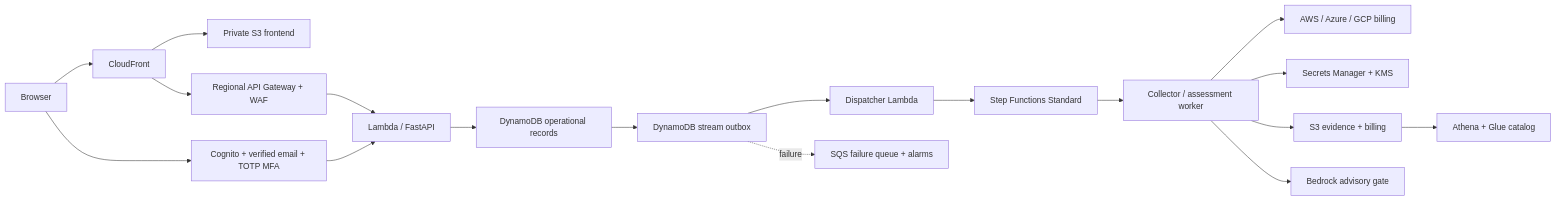
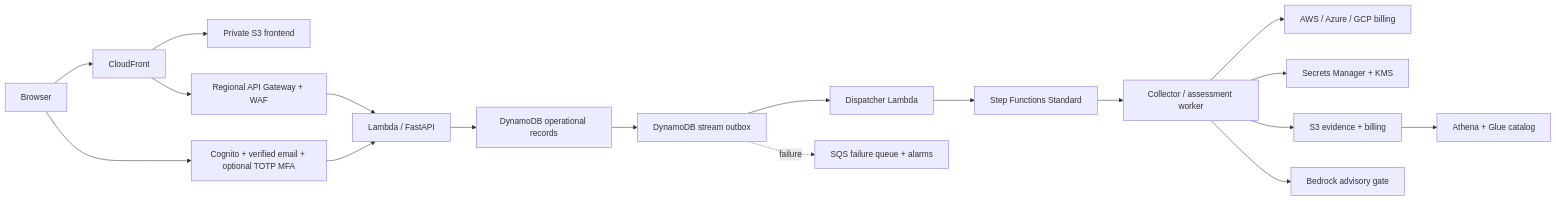
The diagram in README.md (nishantrishav01/finops-autopilot), drawn with Mermaid before and after one commit. The commit also changed other lines of this file and 7 other files, not shown here.

Commit message:
Make Cognito MFA optional per owner preference

````diff
--- a/README.md
+++ b/README.md
@@ -36,20 +36,20 @@
 ```mermaid
 flowchart LR
   Browser --> CloudFront
   CloudFront --> PrivateS3[Private S3 frontend]
   CloudFront --> WAF[Regional API Gateway + WAF]
   WAF --> API[Lambda / FastAPI]
-  Browser --> Cognito[Cognito + verified email + TOTP MFA]
+  Browser --> Cognito[Cognito + verified email + optional TOTP MFA]
   Cognito --> API
   API --> DDB[DynamoDB operational records]
   DDB --> Stream[DynamoDB stream outbox]
   Stream --> Dispatcher[Dispatcher Lambda]
   Dispatcher --> SF[Step Functions Standard]
   SF --> Worker[Collector / assessment worker]
   Worker --> Cloud[AWS / Azure / GCP billing]
   Worker --> Vault[Secrets Manager + KMS]
   Worker --> Lake[S3 evidence + billing]
   Lake --> Athena[Athena + Glue catalog]
   Worker --> AI[Bedrock advisory gate]
   Stream -. failure .-> DLQ[SQS failure queue + alarms]
 ```
````
